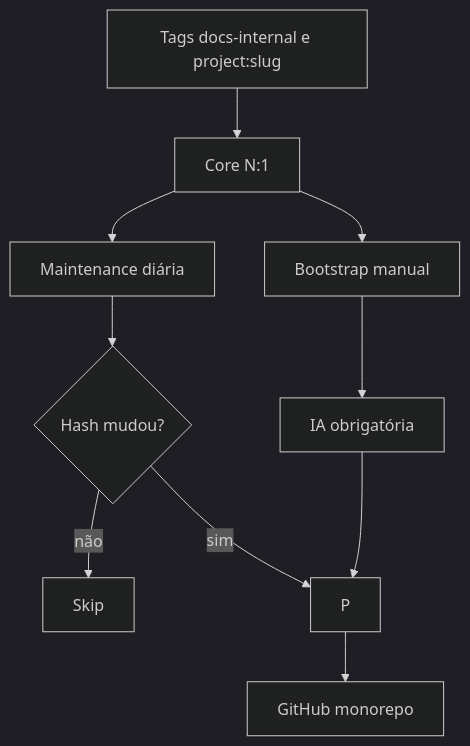
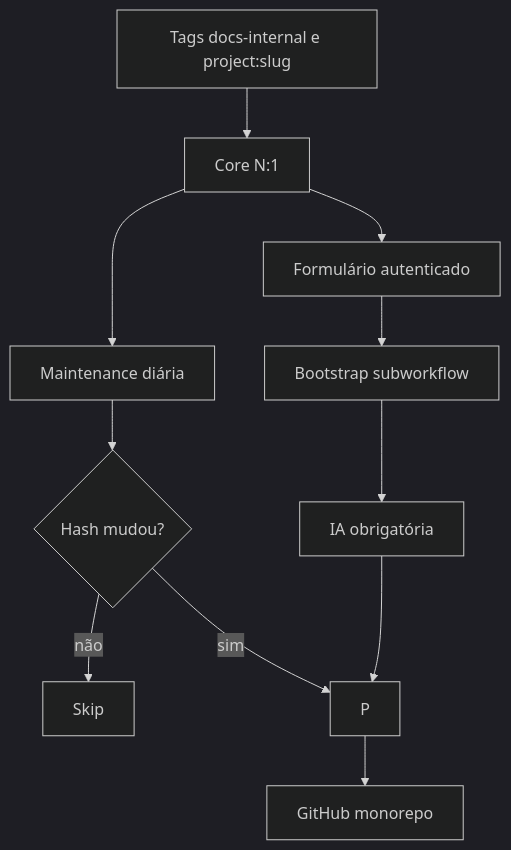
The diagram in docs/ARCHITECTURE.md (jhvlima/n8n-workflows), drawn with Mermaid (dark theme) before and after one commit. The commit also changed 12 other files, not shown here.

````diff
--- a/docs/ARCHITECTURE.md
+++ b/docs/ARCHITECTURE.md
@@ -5,12 +5,13 @@
 ```mermaid
 flowchart TD
     T[Tags docs-internal e project:slug] --> C[Core N:1]
-    C --> B[Bootstrap manual]
+    C --> F[Formulário autenticado]
+    F --> B[Bootstrap subworkflow]
     C --> M[Maintenance diária]
     B --> A[IA obrigatória]
     M --> D{Hash mudou?}
     D -->|não| S[Skip]
     D -->|sim| P
     A --> P
     P --> G[GitHub monorepo]
 ```
````
